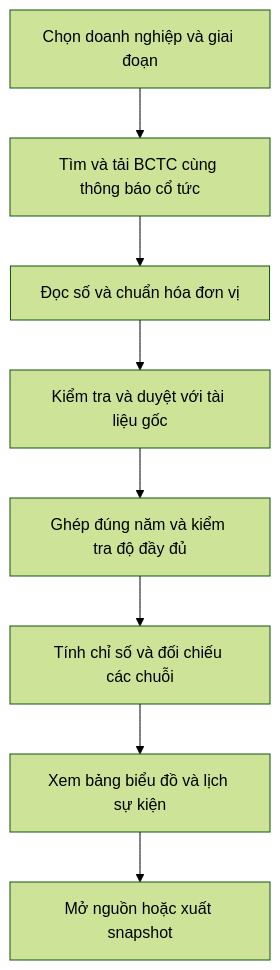
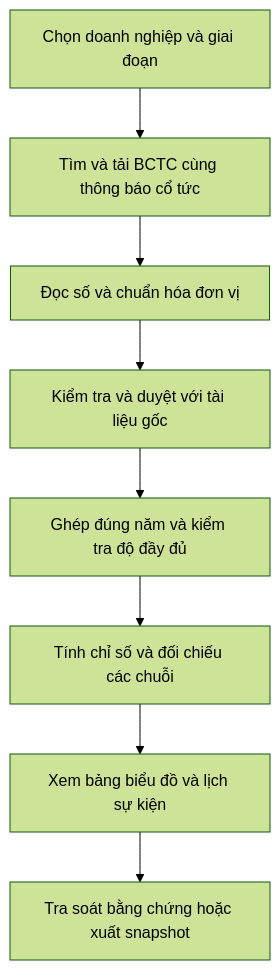
One commit to tr1tonzzz/financial-platform changed the diagram in docs/research-platform/17-giai-thich-chuc-nang-va-du-lieu.md. Above: the diagram before and after it, drawn with Mermaid (forest theme). The commit also changed other lines of this file and 1450 other files, not shown here.

````diff
--- a/docs/research-platform/17-giai-thich-chuc-nang-va-du-lieu.md
+++ b/docs/research-platform/17-giai-thich-chuc-nang-va-du-lieu.md
@@ -265,10 +181,10 @@
 ```mermaid
 flowchart TD
   A[Chọn doanh nghiệp và giai đoạn] --> B[Tìm và tải BCTC cùng thông báo cổ tức]
   B --> C[Đọc số và chuẩn hóa đơn vị]
   C --> D[Kiểm tra và duyệt với tài liệu gốc]
   D --> E[Ghép đúng năm và kiểm tra độ đầy đủ]
   E --> F[Tính chỉ số và đối chiếu các chuỗi]
   F --> G[Xem bảng biểu đồ và lịch sự kiện]
-  G --> H[Mở nguồn hoặc xuất snapshot]
+  G --> H[Tra soát bằng chứng hoặc xuất snapshot]
 ```
````
